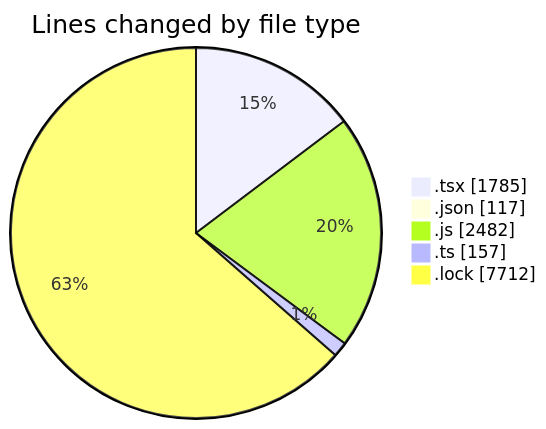
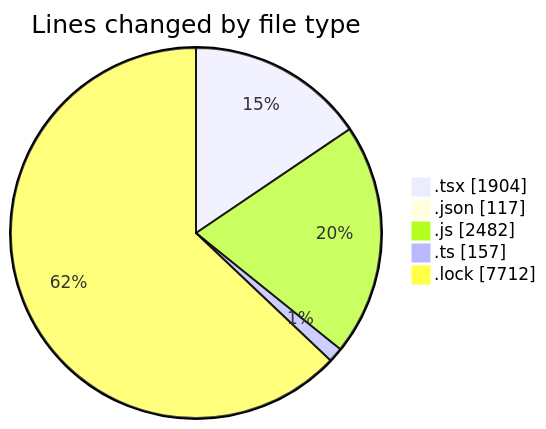
One commit to momahboobian/code-tracking changed the first of 2 diagrams in 2025-04-28/cda/README.md. Above: the diagram before and after it, drawn with Mermaid. The commit also changed other lines of this file and 1 other file, not shown here.

````diff
--- a/2025-04-28/cda/README.md
+++ b/2025-04-28/cda/README.md
@@ -33,9 +34,9 @@
 ```mermaid
 pie showData
 title Lines changed by file type
-".tsx" : 1785
+".tsx" : 1904
 ".json" : 117
 ".js" : 2482
 ".ts" : 157
 ".lock" : 7712
 ```
````
